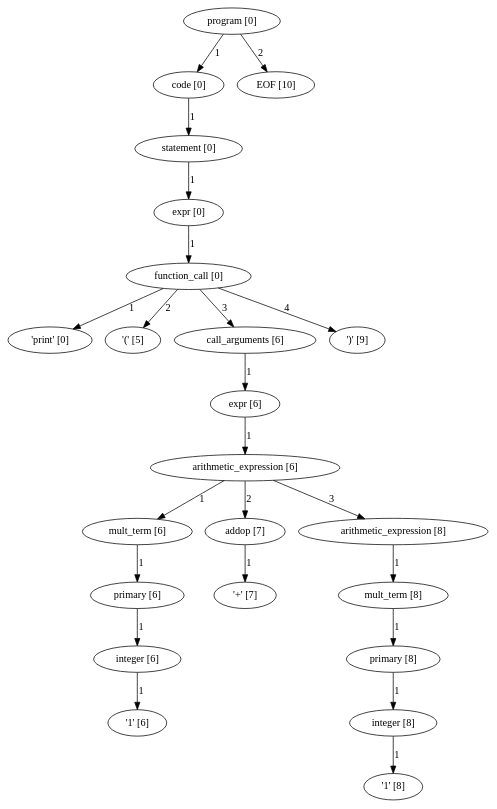
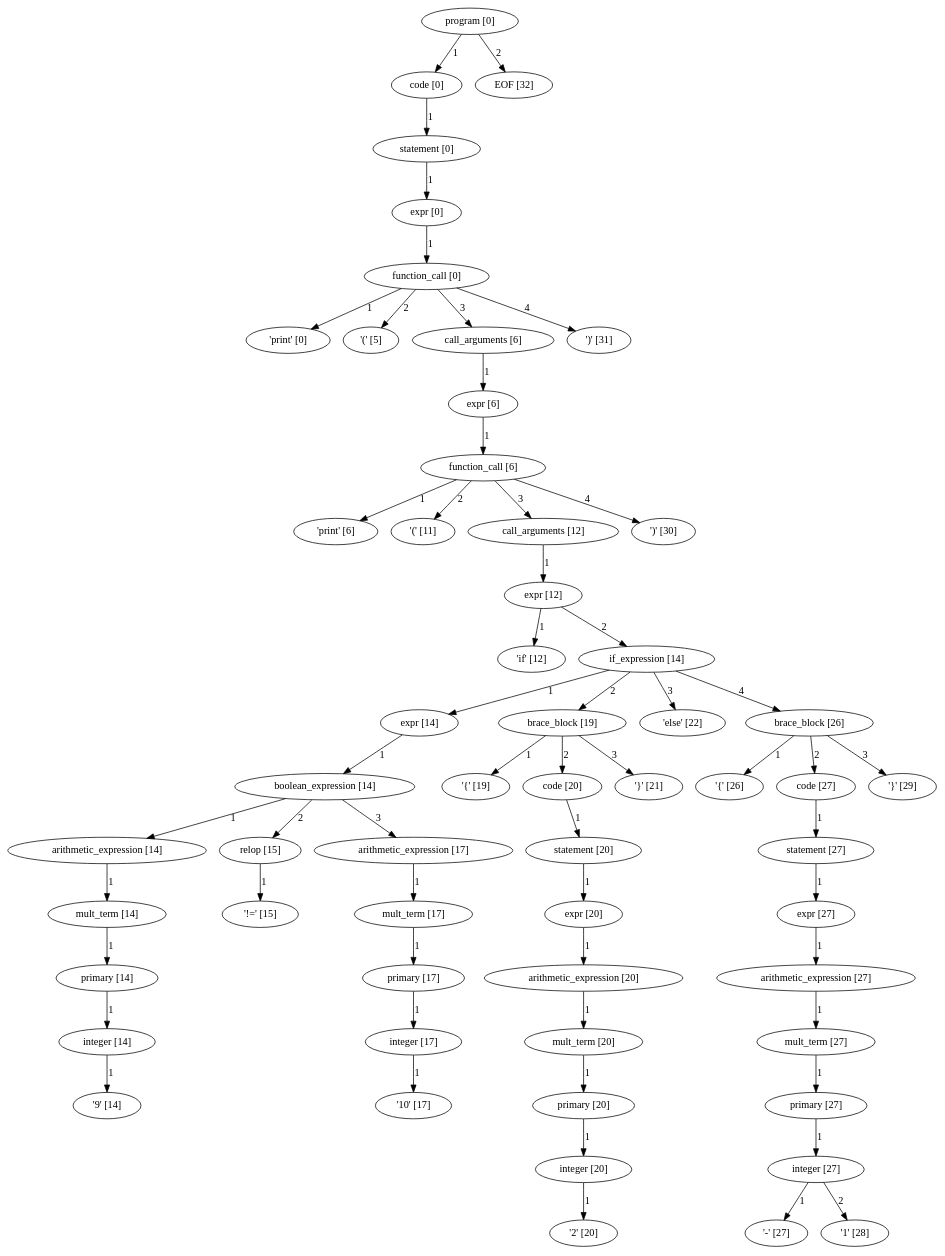
Before and after one commit to pragdave/cs3342_smurf: the diagram in RealProject/parse_tree.dot, drawn with Graphviz. The commit also changed 6 other files, not shown here.

```diff
--- a/RealProject/parse_tree.dot
+++ b/RealProject/parse_tree.dot
@@ -1,69 +1,171 @@
 digraph arpeggio_graph {
-1281776584768 [label="program [0]"];
-1281776584768->1281776586264 [label="1"]
+2963791855824 [label="program [0]"];
+2963791855824->2963791855688 [label="1"]
 
-1281776586264 [label="code [0]"];
-1281776586264->1281776671328 [label="1"]
+2963791855688 [label="code [0]"];
+2963791855688->2963791775808 [label="1"]
 
-1281776671328 [label="statement [0]"];
-1281776671328->1281776671192 [label="1"]
+2963791775808 [label="statement [0]"];
+2963791775808->2963791775672 [label="1"]
 
-1281776671192 [label="expr [0]"];
-1281776671192->1281776671056 [label="1"]
+2963791775672 [label="expr [0]"];
+2963791775672->2963791775536 [label="1"]
 
-1281776671056 [label="function_call [0]"];
-1281776671056->1281776224800 [label="1"]
+2963791775536 [label="function_call [0]"];
+2963791775536->2963791415840 [label="1"]
 
-1281776224800 [label=" 'print' [0]"];
-1281776671056->1281776224920 [label="2"]
+2963791415840 [label=" 'print' [0]"];
+2963791775536->2963791415960 [label="2"]
 
-1281776224920 [label=" '(' [5]"];
-1281776671056->1281776670920 [label="3"]
+2963791415960 [label=" '(' [5]"];
+2963791775536->2963791775400 [label="3"]
 
-1281776670920 [label="call_arguments [6]"];
-1281776670920->1281776670784 [label="1"]
+2963791775400 [label="call_arguments [6]"];
+2963791775400->2963791775264 [label="1"]
 
-1281776670784 [label="expr [6]"];
-1281776670784->1281776670648 [label="1"]
+2963791775264 [label="expr [6]"];
+2963791775264->2963791776080 [label="1"]
 
-1281776670648 [label="arithmetic_expression [6]"];
-1281776670648->1281776669152 [label="1"]
+2963791776080 [label="function_call [6]"];
+2963791776080->2963791415720 [label="1"]
 
-1281776669152 [label="mult_term [6]"];
-1281776669152->1281776669016 [label="1"]
+2963791415720 [label=" 'print' [6]"];
+2963791776080->2963791416080 [label="2"]
 
-1281776669016 [label="primary [6]"];
-1281776669016->1281776668880 [label="1"]
+2963791416080 [label=" '(' [11]"];
+2963791776080->2963791775944 [label="3"]
 
-1281776668880 [label="integer [6]"];
-1281776668880->1281776225760 [label="1"]
+2963791775944 [label="call_arguments [12]"];
+2963791775944->2963791859360 [label="1"]
 
-1281776225760 [label=" '1' [6]"];
-1281776670648->1281776669288 [label="2"]
+2963791859360 [label="expr [12]"];
+2963791859360->2963791416320 [label="1"]
 
-1281776669288 [label="addop [7]"];
-1281776669288->1281776225880 [label="1"]
+2963791416320 [label=" 'if' [12]"];
+2963791859360->2963791859224 [label="2"]
 
-1281776225880 [label=" '+' [7]"];
-1281776670648->1281776670512 [label="3"]
+2963791859224 [label="if_expression [14]"];
+2963791859224->2963791777576 [label="1"]
 
-1281776670512 [label="arithmetic_expression [8]"];
-1281776670512->1281776670376 [label="1"]
+2963791777576 [label="expr [14]"];
+2963791777576->2963791777440 [label="1"]
 
-1281776670376 [label="mult_term [8]"];
-1281776670376->1281776583952 [label="1"]
+2963791777440 [label="boolean_expression [14]"];
+2963791777440->2963791776624 [label="1"]
 
-1281776583952 [label="primary [8]"];
-1281776583952->1281776586400 [label="1"]
+2963791776624 [label="arithmetic_expression [14]"];
+2963791776624->2963791776488 [label="1"]
 
-1281776586400 [label="integer [8]"];
-1281776586400->1281776693440 [label="1"]
+2963791776488 [label="mult_term [14]"];
+2963791776488->2963791776352 [label="1"]
 
-1281776693440 [label=" '1' [8]"];
-1281776671056->1281776693560 [label="4"]
+2963791776352 [label="primary [14]"];
+2963791776352->2963791776216 [label="1"]
 
-1281776693560 [label=" ')' [9]"];
-1281776584768->1281776225040 [label="2"]
+2963791776216 [label="integer [14]"];
+2963791776216->2963791416680 [label="1"]
 
-1281776225040 [label="EOF [10]"];
+2963791416680 [label=" '9' [14]"];
+2963791777440->2963791776760 [label="2"]
+
+2963791776760 [label="relop [15]"];
+2963791776760->2963791416800 [label="1"]
+
+2963791416800 [label=" '!=' [15]"];
+2963791777440->2963791777304 [label="3"]
+
+2963791777304 [label="arithmetic_expression [17]"];
+2963791777304->2963791777168 [label="1"]
+
+2963791777168 [label="mult_term [17]"];
+2963791777168->2963791777032 [label="1"]
+
+2963791777032 [label="primary [17]"];
+2963791777032->2963791776896 [label="1"]
+
+2963791776896 [label="integer [17]"];
+2963791776896->2963791416920 [label="1"]
+
+2963791416920 [label=" '10' [17]"];
+2963791859224->2963791858000 [label="2"]
+
+2963791858000 [label="brace_block [19]"];
+2963791858000->2963791417040 [label="1"]
+
+2963791417040 [label=" '{' [19]"];
+2963791858000->2963791774992 [label="2"]
+
+2963791774992 [label="code [20]"];
+2963791774992->2963791857864 [label="1"]
+
+2963791857864 [label="statement [20]"];
+2963791857864->2963791857728 [label="1"]
+
+2963791857728 [label="expr [20]"];
+2963791857728->2963791857592 [label="1"]
+
+2963791857592 [label="arithmetic_expression [20]"];
+2963791857592->2963791857456 [label="1"]
+
+2963791857456 [label="mult_term [20]"];
+2963791857456->2963791857320 [label="1"]
+
+2963791857320 [label="primary [20]"];
+2963791857320->2963791856232 [label="1"]
+
+2963791856232 [label="integer [20]"];
+2963791856232->2963791847856 [label="1"]
+
+2963791847856 [label=" '2' [20]"];
+2963791858000->2963791847976 [label="3"]
+
+2963791847976 [label=" '}' [21]"];
+2963791859224->2963791848096 [label="3"]
+
+2963791848096 [label=" 'else' [22]"];
+2963791859224->2963791859088 [label="4"]
+
+2963791859088 [label="brace_block [26]"];
+2963791859088->2963791848216 [label="1"]
+
+2963791848216 [label=" '{' [26]"];
+2963791859088->2963791858952 [label="2"]
+
+2963791858952 [label="code [27]"];
+2963791858952->2963791858816 [label="1"]
+
+2963791858816 [label="statement [27]"];
+2963791858816->2963791858680 [label="1"]
+
+2963791858680 [label="expr [27]"];
+2963791858680->2963791858544 [label="1"]
+
+2963791858544 [label="arithmetic_expression [27]"];
+2963791858544->2963791858408 [label="1"]
+
+2963791858408 [label="mult_term [27]"];
+2963791858408->2963791858272 [label="1"]
+
+2963791858272 [label="primary [27]"];
+2963791858272->2963791857184 [label="1"]
+
+2963791857184 [label="integer [27]"];
+2963791857184->2963791849176 [label="1"]
+
+2963791849176 [label=" '-' [27]"];
+2963791857184->2963791849296 [label="2"]
+
+2963791849296 [label=" '1' [28]"];
+2963791859088->2963791849416 [label="3"]
+
+2963791849416 [label=" '}' [29]"];
+2963791776080->2963791416200 [label="4"]
+
+2963791416200 [label=" ')' [30]"];
+2963791775536->2963791416560 [label="4"]
+
+2963791416560 [label=" ')' [31]"];
+2963791855824->2963791417160 [label="2"]
+
+2963791417160 [label="EOF [32]"];
 }
```
